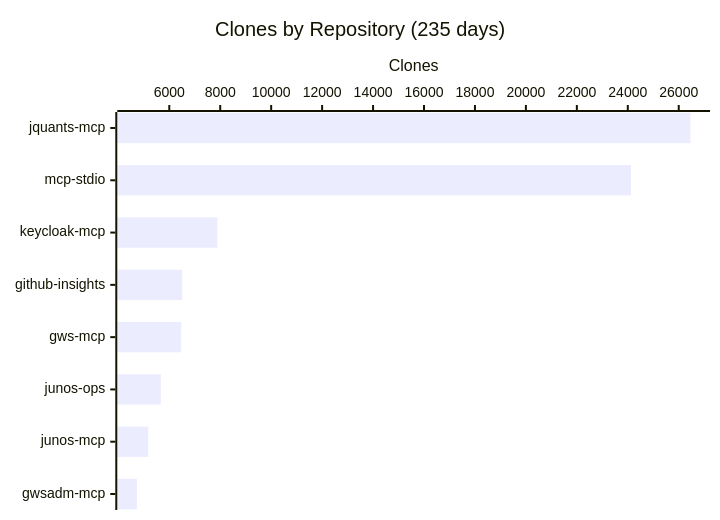
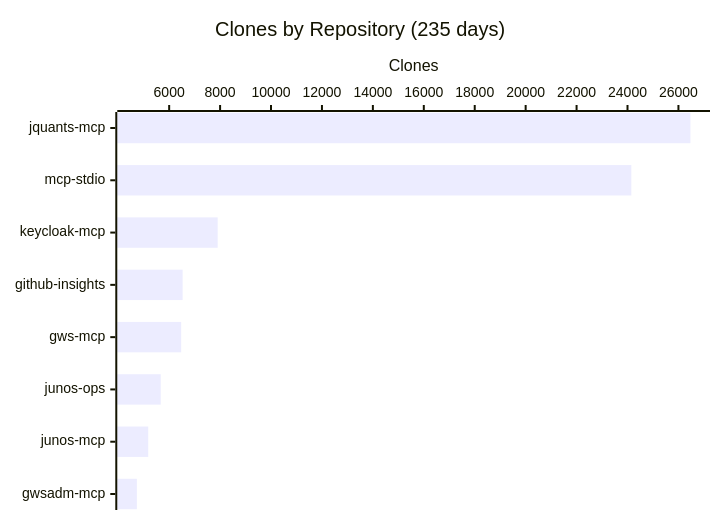
Before and after one commit to shigechika/github-insights: the fourth of 4 diagrams in README.md, drawn with Mermaid. The commit also changed other lines of this file and 1 other file, not shown here.

````diff
--- a/README.md
+++ b/README.md
@@ -58,7 +58,7 @@
 ```mermaid
 xychart-beta horizontal
     title "Clones by Repository (235 days)"
     x-axis ["jquants-mcp", "mcp-stdio", "keycloak-mcp", "github-insights", "gws-mcp", "junos-ops", "junos-mcp", "gwsadm-mcp"]
     y-axis "Clones"
-    bar [26459, 24122, 7888, 6509, 6466, 5668, 5171, 4727]
+    bar [26471, 24150, 7905, 6529, 6472, 5669, 5178, 4731]
 ```
````
